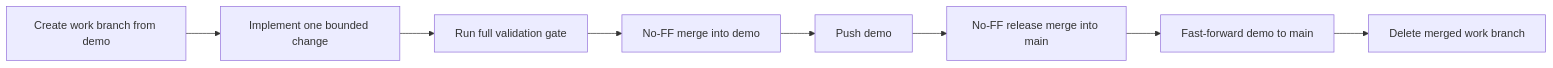
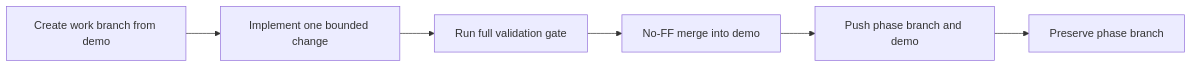
One commit to madhavpr191221/agentic-ai-statistics changed the diagram in docs/DEMO_WORKFLOW.md. Above: the diagram before and after it, drawn with Mermaid. The commit also changed other lines of this file and 28 other files, not shown here.

````diff
--- a/docs/DEMO_WORKFLOW.md
+++ b/docs/DEMO_WORKFLOW.md
@@ -12,10 +12,8 @@
 ```mermaid
 flowchart LR
     A[Create work branch from demo] --> B[Implement one bounded change]
     B --> C[Run full validation gate]
     C --> D[No-FF merge into demo]
-    D --> E[Push demo]
-    E --> F[No-FF release merge into main]
-    F --> G[Fast-forward demo to main]
-    G --> H[Delete merged work branch]
+    D --> E[Push phase branch and demo]
+    E --> F[Preserve phase branch]
 ```
````
